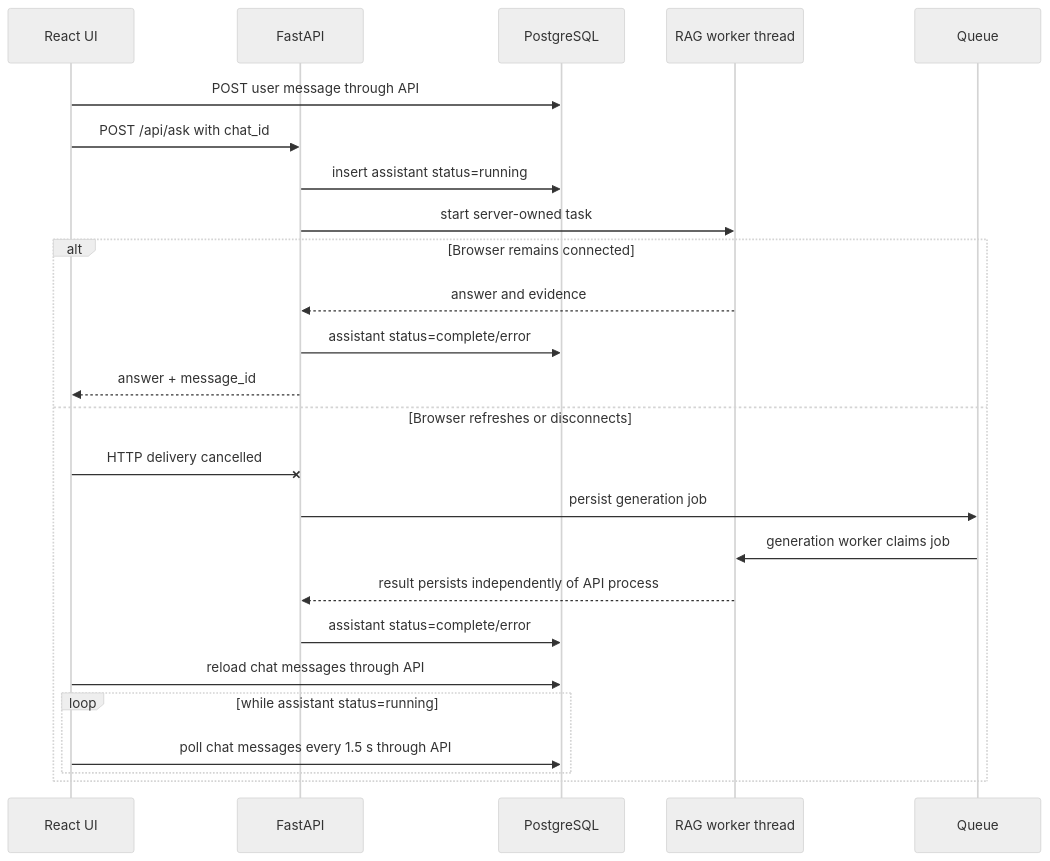
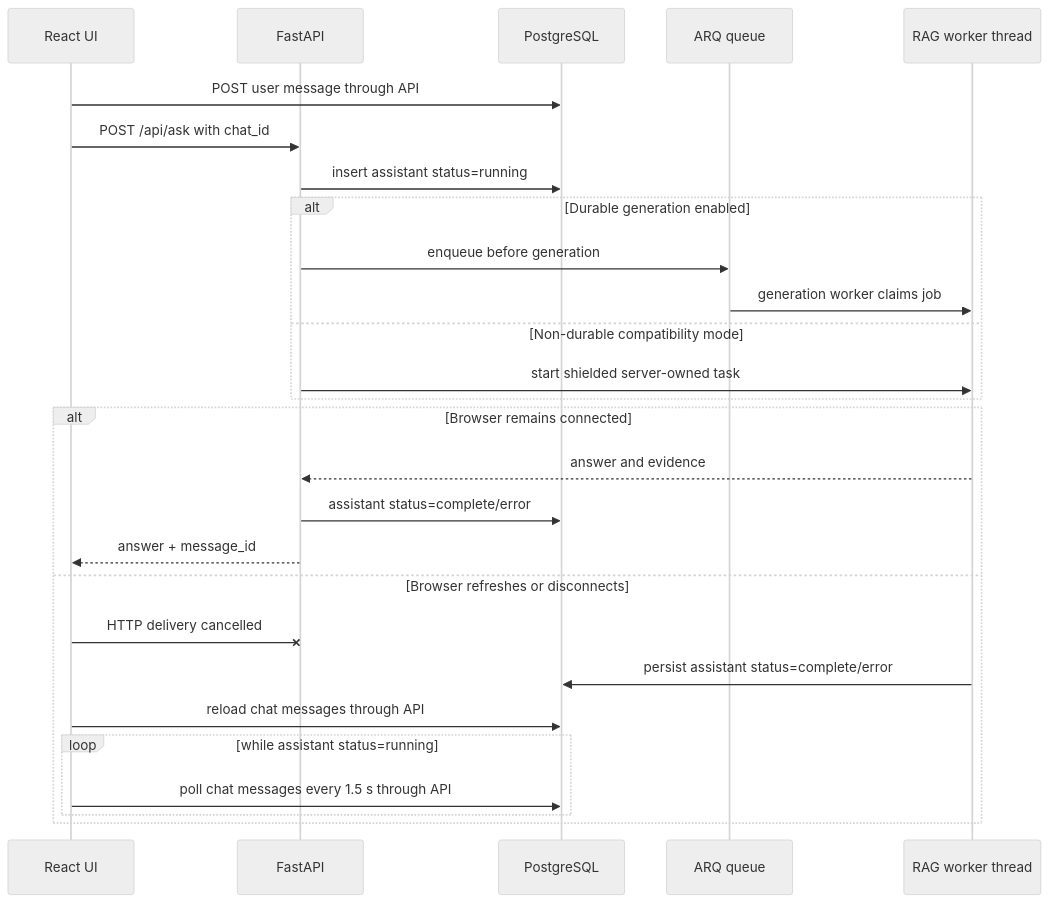
Before and after one commit to Gotrik1/rag_llm: the third of 3 diagrams in architecture.md, drawn with Mermaid (neutral theme). The commit also changed other lines of this file and 213 other files, not shown here.

````diff
--- a/architecture.md
+++ b/architecture.md
@@ -67,26 +76,29 @@
 ```mermaid
 sequenceDiagram
     participant UI as React UI
     participant API as FastAPI
     participant DB as PostgreSQL
+    participant Queue as ARQ queue
     participant RAG as RAG worker thread
     UI->>DB: POST user message through API
     UI->>API: POST /api/ask with chat_id
     API->>DB: insert assistant status=running
-    API->>RAG: start server-owned task
+    alt Durable generation enabled
+        API->>Queue: enqueue before generation
+        Queue->>RAG: generation worker claims job
+    else Non-durable compatibility mode
+        API->>RAG: start shielded server-owned task
+    end
     alt Browser remains connected
         RAG-->>API: answer and evidence
         API->>DB: assistant status=complete/error
         API-->>UI: answer + message_id
     else Browser refreshes or disconnects
         UI-xAPI: HTTP delivery cancelled
-        API->>Queue: persist generation job
-        Queue->>RAG: generation worker claims job
-        RAG-->>API: result persists independently of API process
-        API->>DB: assistant status=complete/error
+        RAG->>DB: persist assistant status=complete/error
         UI->>DB: reload chat messages through API
         loop while assistant status=running
             UI->>DB: poll chat messages every 1.5 s through API
         end
     end
 ```
````
